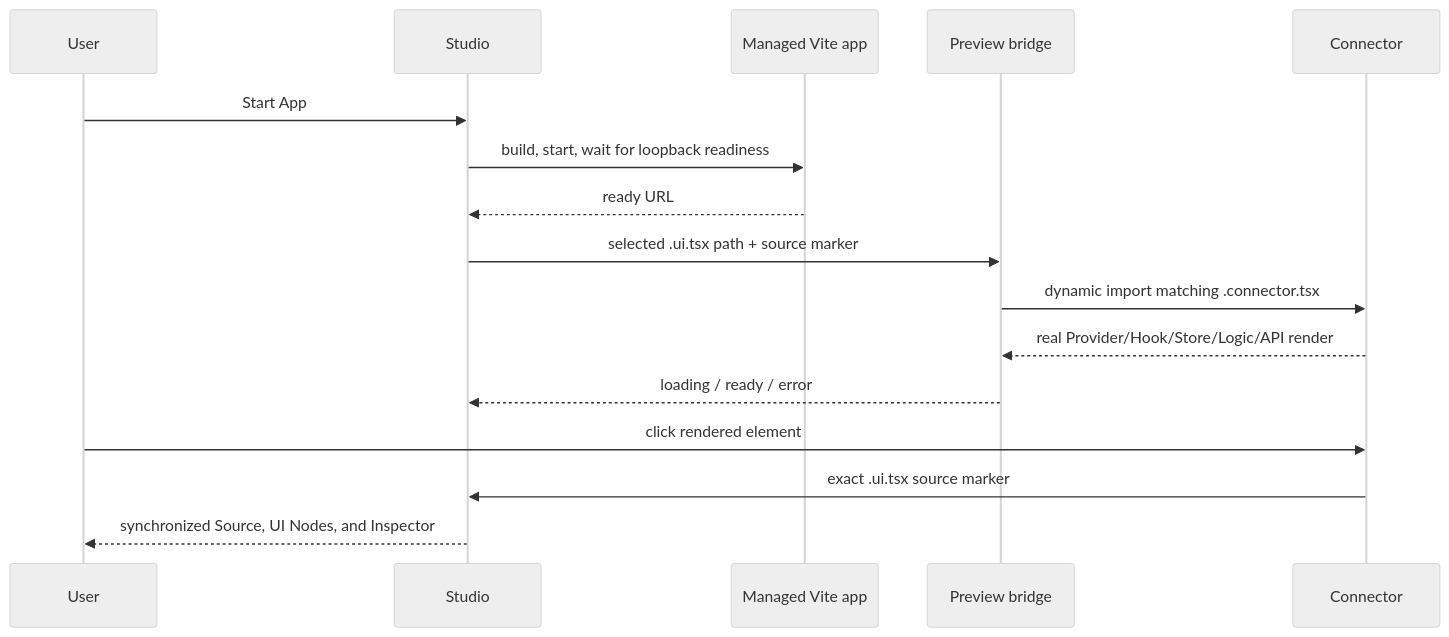
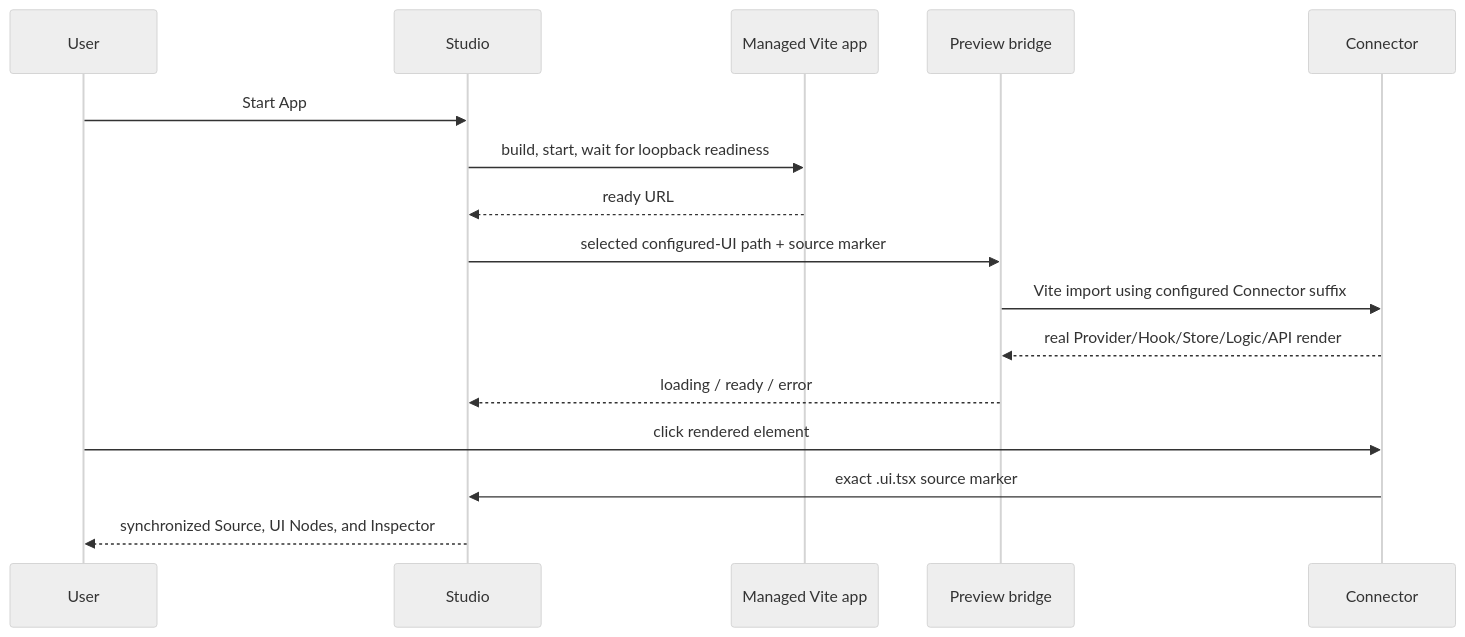
Before and after one commit to bestmaa/srijika-studio: the diagram in docs/LIVE_RUNTIME_PREVIEW.md, drawn with Mermaid (neutral theme). The commit also changed other lines of this file and 122 other files, not shown here.

Commit message:
Add strict shared architecture across Srijika

````diff
--- a/docs/LIVE_RUNTIME_PREVIEW.md
+++ b/docs/LIVE_RUNTIME_PREVIEW.md
@@ -21,19 +21,19 @@
 ```mermaid
 sequenceDiagram
   participant User
   participant Studio
   participant Vite as Managed Vite app
   participant Bridge as Preview bridge
   participant Connector
 
   User->>Studio: Start App
   Studio->>Vite: build, start, wait for loopback readiness
   Vite-->>Studio: ready URL
-  Studio->>Bridge: selected .ui.tsx path + source marker
-  Bridge->>Connector: dynamic import matching .connector.tsx
+  Studio->>Bridge: selected configured-UI path + source marker
+  Bridge->>Connector: Vite import using configured Connector suffix
   Connector-->>Bridge: real Provider/Hook/Store/Logic/API render
   Bridge-->>Studio: loading / ready / error
   User->>Connector: click rendered element
   Connector->>Studio: exact .ui.tsx source marker
   Studio-->>User: synchronized Source, UI Nodes, and Inspector
 ```
````
